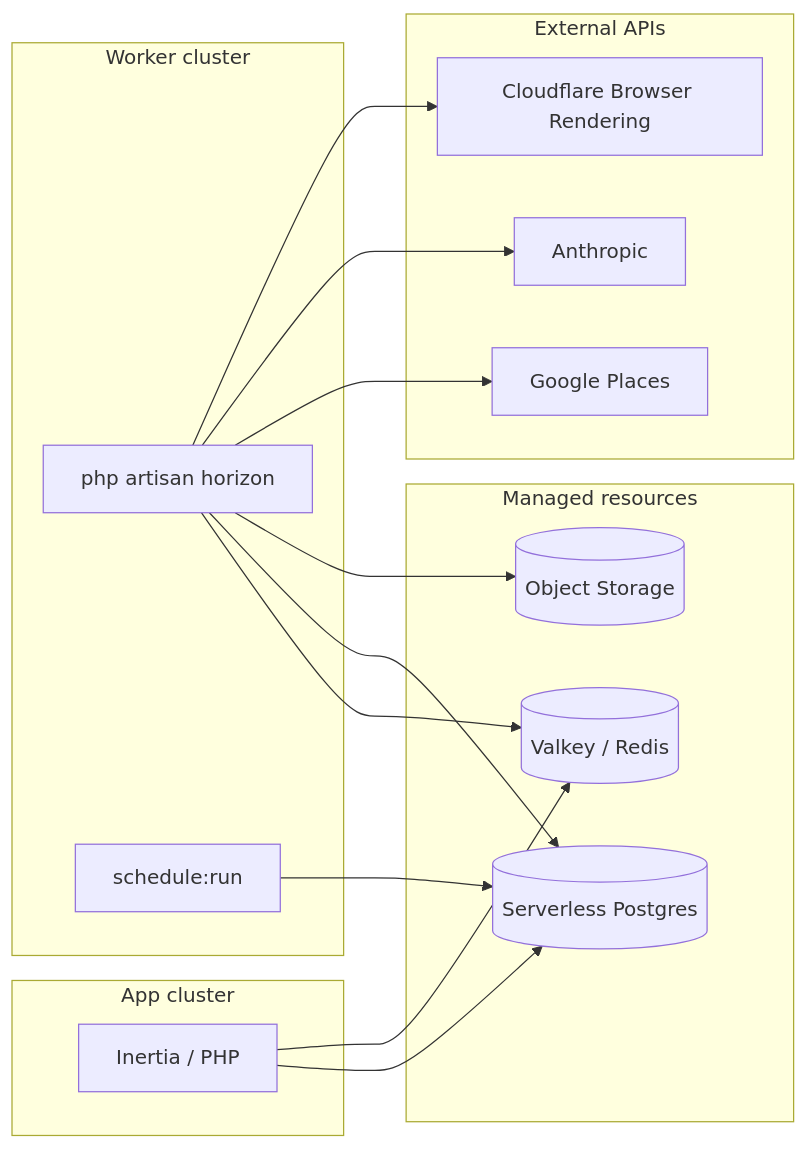
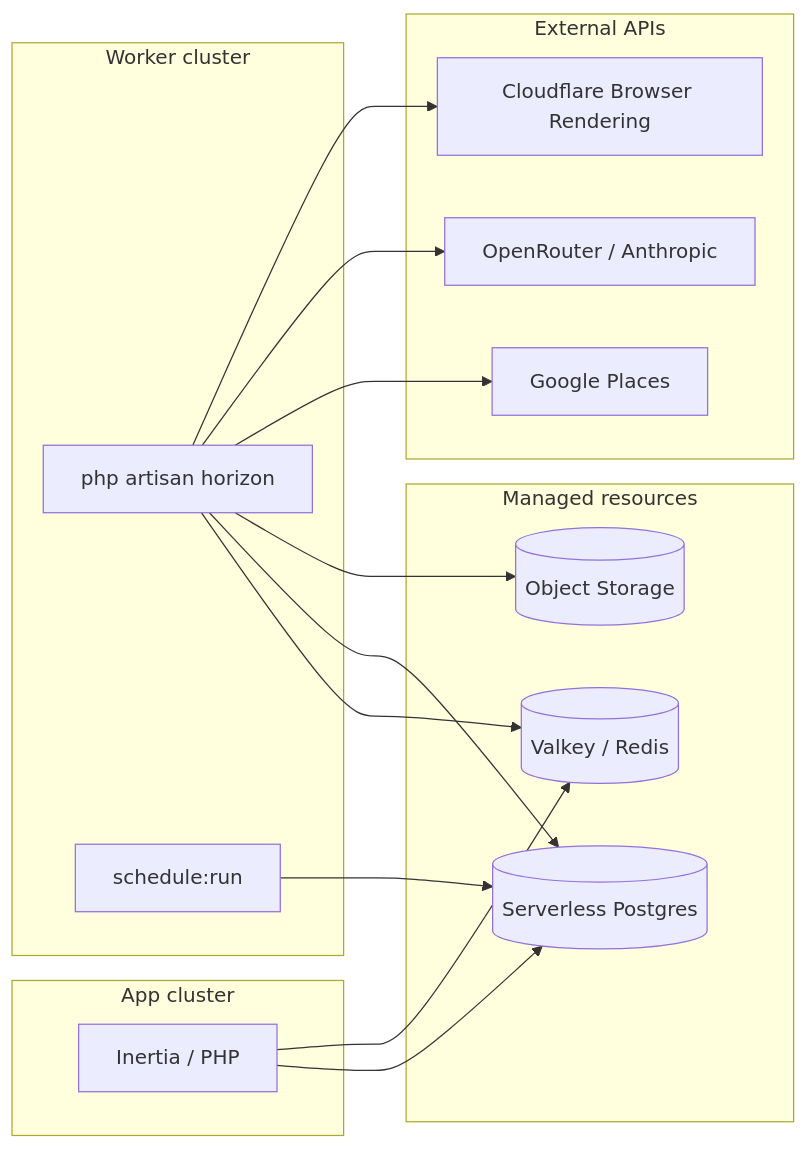
Before and after one commit to digitales/nthdesigns-scanner: the first of 2 diagrams in docs/deployment/laravel-cloud.md, drawn with Mermaid. The commit also changed other lines of this file and 6 other files, not shown here.

Commit message:
Enable open router AI models

````diff
--- a/docs/deployment/laravel-cloud.md
+++ b/docs/deployment/laravel-cloud.md
@@ -9,33 +9,33 @@
 ```mermaid
 flowchart LR
     subgraph app [App cluster]
         Web[Inertia / PHP]
     end
 
     subgraph worker [Worker cluster]
         Horizon[php artisan horizon]
         Scheduler[schedule:run]
     end
 
     subgraph data [Managed resources]
         PG[(Serverless Postgres)]
         Redis[(Valkey / Redis)]
         R2[(Object Storage)]
     end
 
     subgraph external [External APIs]
         Places[Google Places]
-        Claude[Anthropic]
+        Claude[OpenRouter / Anthropic]
         CF[Cloudflare Browser Rendering]
     end
 
     Web --> PG
     Web --> Redis
     Horizon --> Redis
     Horizon --> PG
     Horizon --> R2
     Horizon --> Places
     Horizon --> Claude
     Horizon --> CF
     Scheduler --> PG
 ```
````
